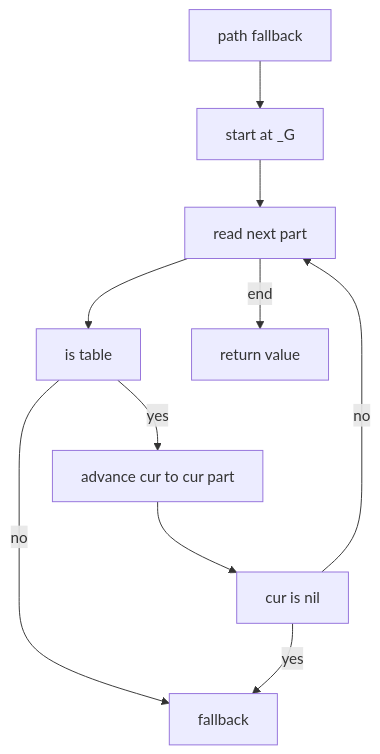
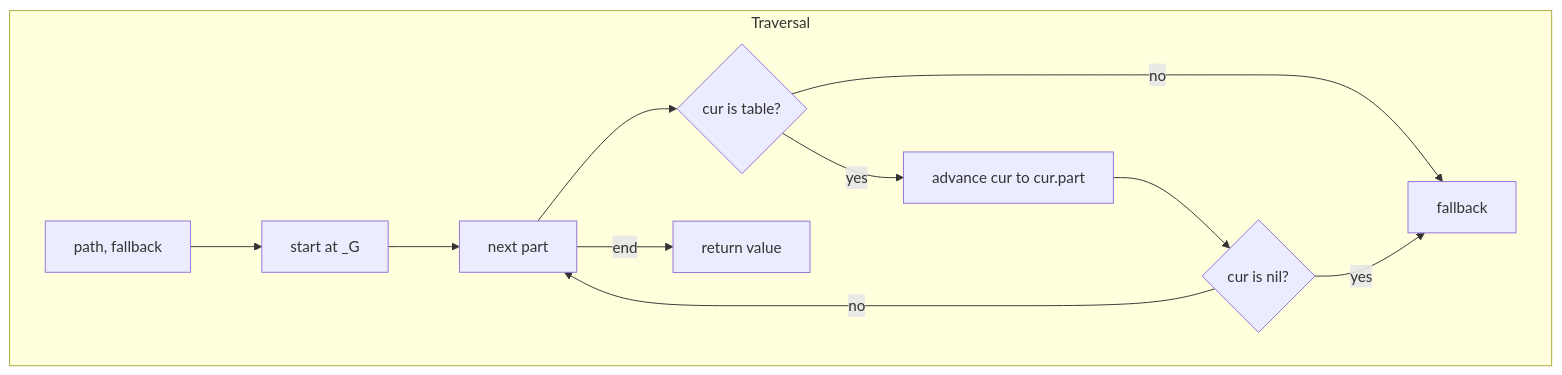
The first of 2 diagrams in docs/utils/lookups_and_markup.md (Gh0st352/AETHR), drawn with Mermaid before and after one commit. The commit also changed other lines of this file and 7 other files, not shown here.

First line of the commit message:
docs(utils, mermaid): normalize diagrams, restructure subgraphs and standardize classes

````diff
--- a/docs/utils/lookups_and_markup.md
+++ b/docs/utils/lookups_and_markup.md
@@ -12,12 +12,23 @@
 ```mermaid
+%% shared theme: docs/_mermaid/theme.json %%
 flowchart TD
-  IN[path fallback] --> CUR[start at _G]
-  CUR --> STEP[read next part]
-  STEP --> TYPE[is table]
-  TYPE -->|no| OUT[fallback]
-  TYPE -->|yes| ADV[advance cur to cur part]
-  ADV --> NIL[cur is nil]
-  NIL -->|yes| OUT
-  NIL -->|no| STEP
-  STEP -->|end| VAL[return value]
+
+subgraph "Traversal"
+  IN[path, fallback] --> CUR[start at _G]
+  CUR --> STEP[next part]
+  STEP --> OK{cur is table?}
+  OK -- "no" --> OUT[fallback]
+  OK -- "yes" --> ADV[advance cur to cur.part]
+  ADV --> NIL{cur is nil?}
+  NIL -- "yes" --> OUT
+  NIL -- "no" --> STEP
+  STEP -- "end" --> VAL[return value]
+end
+
+class IN class_io;
+class CUR class_data;
+class STEP class_step;
+class OK,NIL class_decision;
+class ADV class_compute;
+class OUT,VAL class_result;
 ```
````
